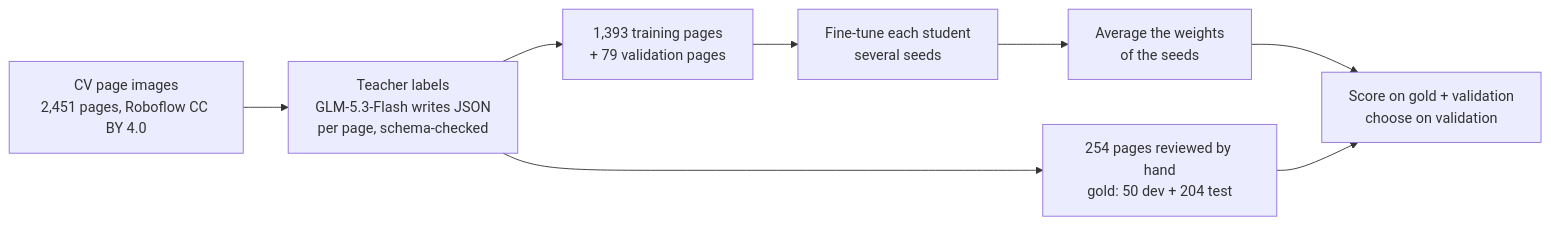
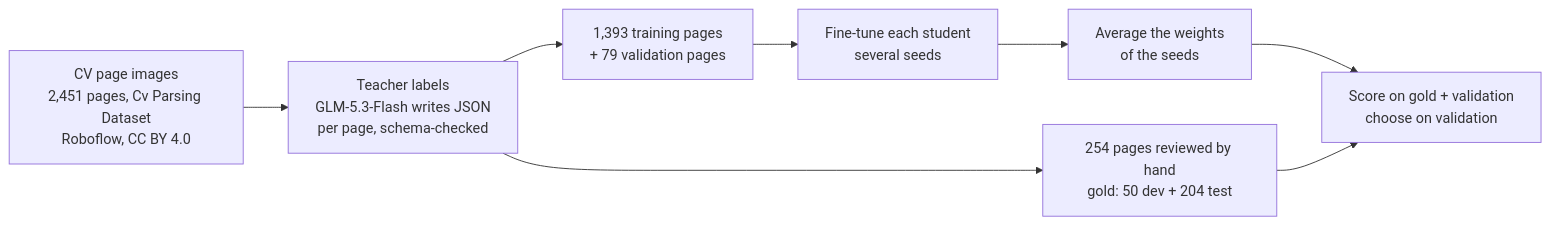
One commit to iamkucuk/tiny-resume-parser changed the first of 2 diagrams in docs/how-it-works.md. Above: the diagram before and after it, drawn with Mermaid. The commit also changed 3 other files, not shown here.

First line of the commit message:
Credit the Cv Parsing Dataset (invoiceModelisation, CC BY 4.0)

````diff
--- a/docs/how-it-works.md
+++ b/docs/how-it-works.md
@@ -6,10 +6,10 @@
 ```mermaid
 flowchart LR
-    A[CV page images<br/>2,451 pages, Roboflow CC BY 4.0] --> B[Teacher labels<br/>GLM-5.3-Flash writes JSON<br/>per page, schema-checked]
+    A[CV page images<br/>2,451 pages, Cv Parsing Dataset<br/>Roboflow, CC BY 4.0] --> B[Teacher labels<br/>GLM-5.3-Flash writes JSON<br/>per page, schema-checked]
     B --> C[254 pages reviewed by hand<br/>gold: 50 dev + 204 test]
     B --> D[1,393 training pages<br/>+ 79 validation pages]
     D --> E[Fine-tune each student<br/>several seeds]
     E --> F[Average the weights<br/>of the seeds]
     F --> G[Score on gold + validation<br/>choose on validation]
     C --> G
 ```
````
